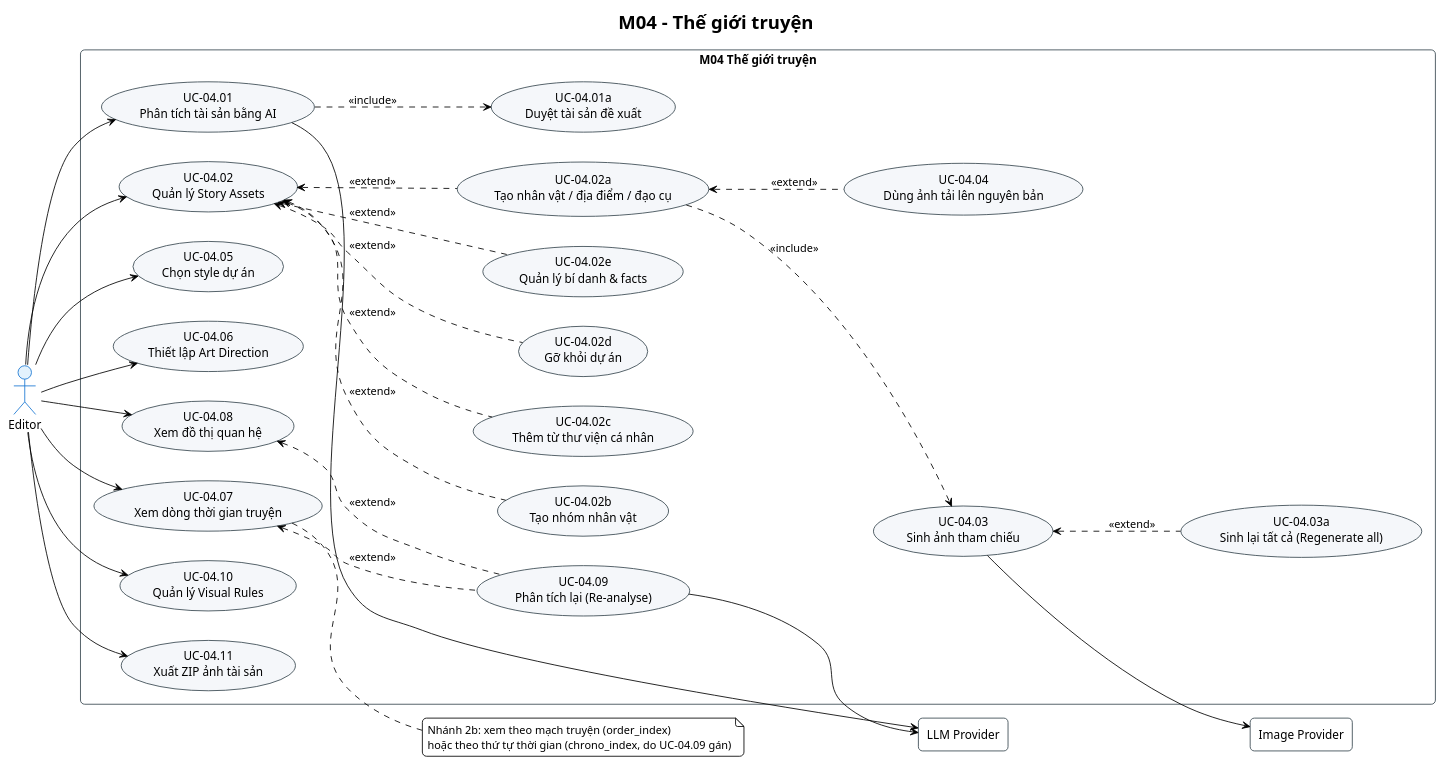
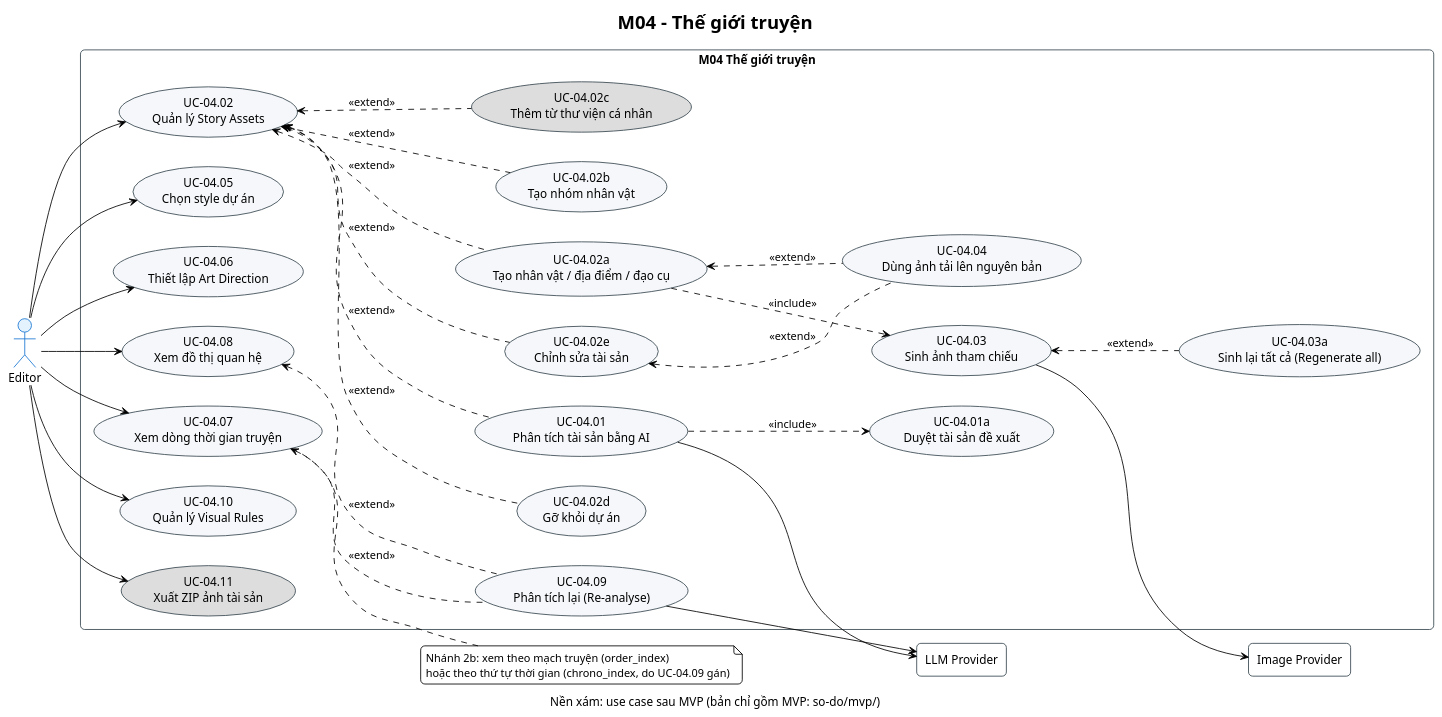
One commit to 202416852-anhpv/story2video-docs changed the diagram in demo-c2story/so-do/01-use-case/phan-ra/uc-m04-the-gioi-truyen.puml. Above: the diagram before and after it, drawn with PlantUML. The commit also changed 100 other files, not shown here.

```diff
--- a/demo-c2story/so-do/01-use-case/phan-ra/uc-m04-the-gioi-truyen.puml
+++ b/demo-c2story/so-do/01-use-case/phan-ra/uc-m04-the-gioi-truyen.puml
@@ -1,70 +1,72 @@
 @startuml UC_M04_TheGioi
 !theme plain
 skinparam defaultFontName "Segoe UI"
 skinparam roundCorner 10
 skinparam actor {
     BackgroundColor #E3F2FD
     BorderColor #1976D2
 }
 skinparam usecase {
     BackgroundColor #F5F7FA
     BorderColor #37474F
 }
 skinparam rectangle {
     BorderColor #37474F
 }
 left to right direction
 title M04 - Thế giới truyện
 
 actor "Editor" as Editor
 
 rectangle "M04 Thế giới truyện" {
     usecase "UC-04.01\nPhân tích tài sản bằng AI" as UC1
     usecase "UC-04.01a\nDuyệt tài sản đề xuất" as UC1a
     usecase "UC-04.02\nQuản lý Story Assets" as UC2
     usecase "UC-04.02a\nTạo nhân vật / địa điểm / đạo cụ" as UC2a
     usecase "UC-04.02b\nTạo nhóm nhân vật" as UC2b
-    usecase "UC-04.02c\nThêm từ thư viện cá nhân" as UC2c
+    usecase "UC-04.02c\nThêm từ thư viện cá nhân" as UC2c #DDDDDD
     usecase "UC-04.02d\nGỡ khỏi dự án" as UC2d
-    usecase "UC-04.02e\nQuản lý bí danh & facts" as UC2e
+    usecase "UC-04.02e\nChỉnh sửa tài sản" as UC2e
     usecase "UC-04.03\nSinh ảnh tham chiếu" as UC3
     usecase "UC-04.03a\nSinh lại tất cả (Regenerate all)" as UC3a
     usecase "UC-04.04\nDùng ảnh tải lên nguyên bản" as UC4
     usecase "UC-04.05\nChọn style dự án" as UC5
     usecase "UC-04.06\nThiết lập Art Direction" as UC6
     usecase "UC-04.07\nXem dòng thời gian truyện" as UC7
     usecase "UC-04.08\nXem đồ thị quan hệ" as UC8
     usecase "UC-04.09\nPhân tích lại (Re-analyse)" as UC9
     usecase "UC-04.10\nQuản lý Visual Rules" as UC10
-    usecase "UC-04.11\nXuất ZIP ảnh tài sản" as UC11
+    usecase "UC-04.11\nXuất ZIP ảnh tài sản" as UC11 #DDDDDD
 }
 rectangle "LLM Provider" as LLM
 rectangle "Image Provider" as IMG
 
-Editor --> UC1
 Editor --> UC2
 Editor --> UC5
 Editor --> UC6
 Editor --> UC7
 Editor --> UC8
 Editor --> UC10
 Editor --> UC11
+UC2 <.. UC1 : <<extend>>
 UC1 ..> UC1a : <<include>>
 UC2 <.. UC2a : <<extend>>
 UC2 <.. UC2b : <<extend>>
 UC2 <.. UC2c : <<extend>>
 UC2 <.. UC2d : <<extend>>
 UC2 <.. UC2e : <<extend>>
 UC2a ..> UC3 : <<include>>
 UC2a <.. UC4 : <<extend>>
+UC2e <.. UC4 : <<extend>>
 UC3 <.. UC3a : <<extend>>
 UC7 <.. UC9 : <<extend>>
 UC8 <.. UC9 : <<extend>>
 UC1 --> LLM
 UC9 --> LLM
 UC3 --> IMG
 note right of UC7
   Nhánh 2b: xem theo mạch truyện (order_index)
   hoặc theo thứ tự thời gian (chrono_index, do UC-04.09 gán)
 end note
+caption Nền xám: use case sau MVP (bản chỉ gồm MVP: so-do/mvp/)
 @enduml
```
